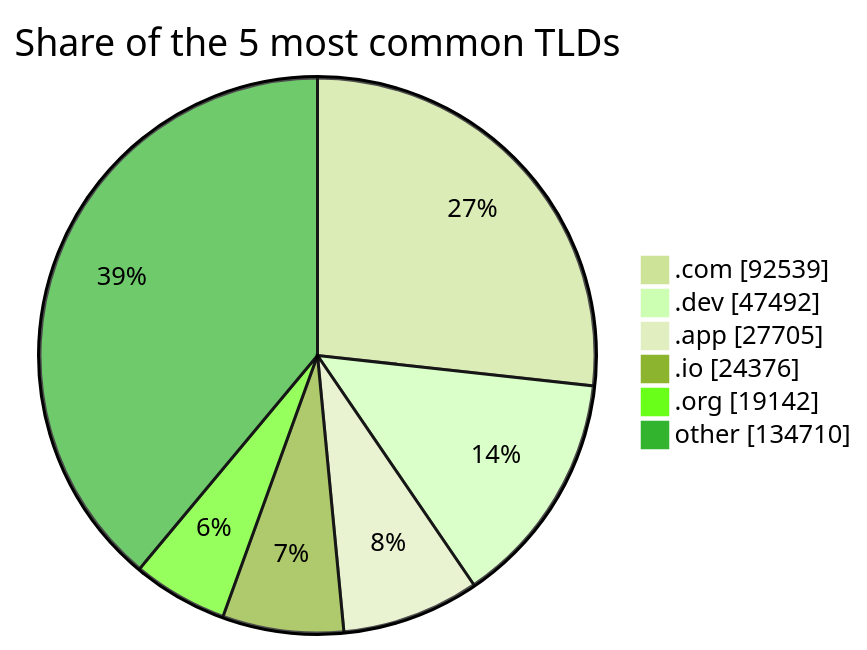
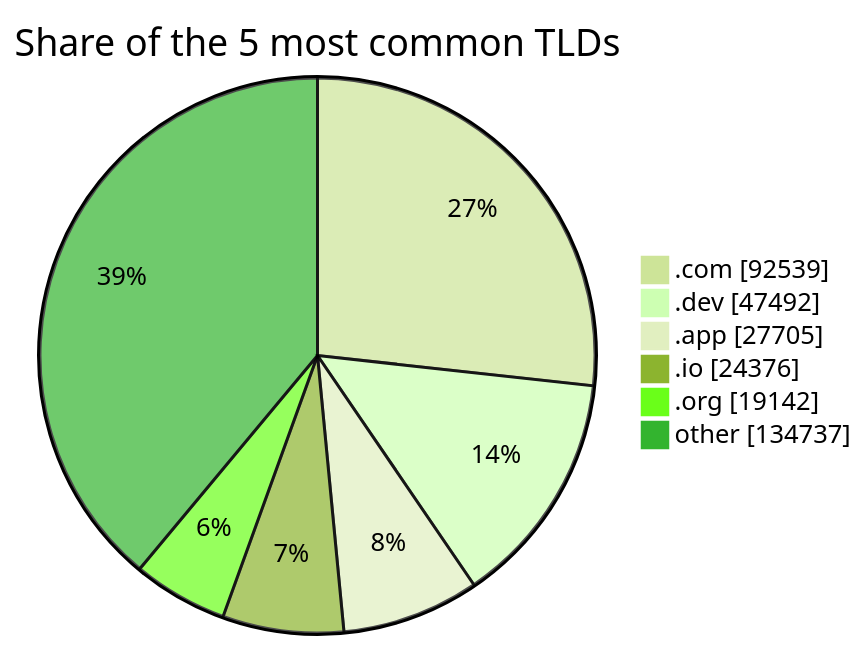
One commit to DNSBunker/CTI changed the third of 3 diagrams in README.md. Above: the diagram before and after it, drawn with Mermaid (forest theme). The commit also changed other lines of this file and 3 other files, not shown here.

````diff
--- a/README.md
+++ b/README.md
@@ -81,9 +81,9 @@
 ```mermaid
 pie showData title Share of the 5 most common TLDs
     ".com" : 92539
     ".dev" : 47492
     ".app" : 27705
     ".io" : 24376
     ".org" : 19142
-    "other" : 134710
+    "other" : 134737
 ```
````
